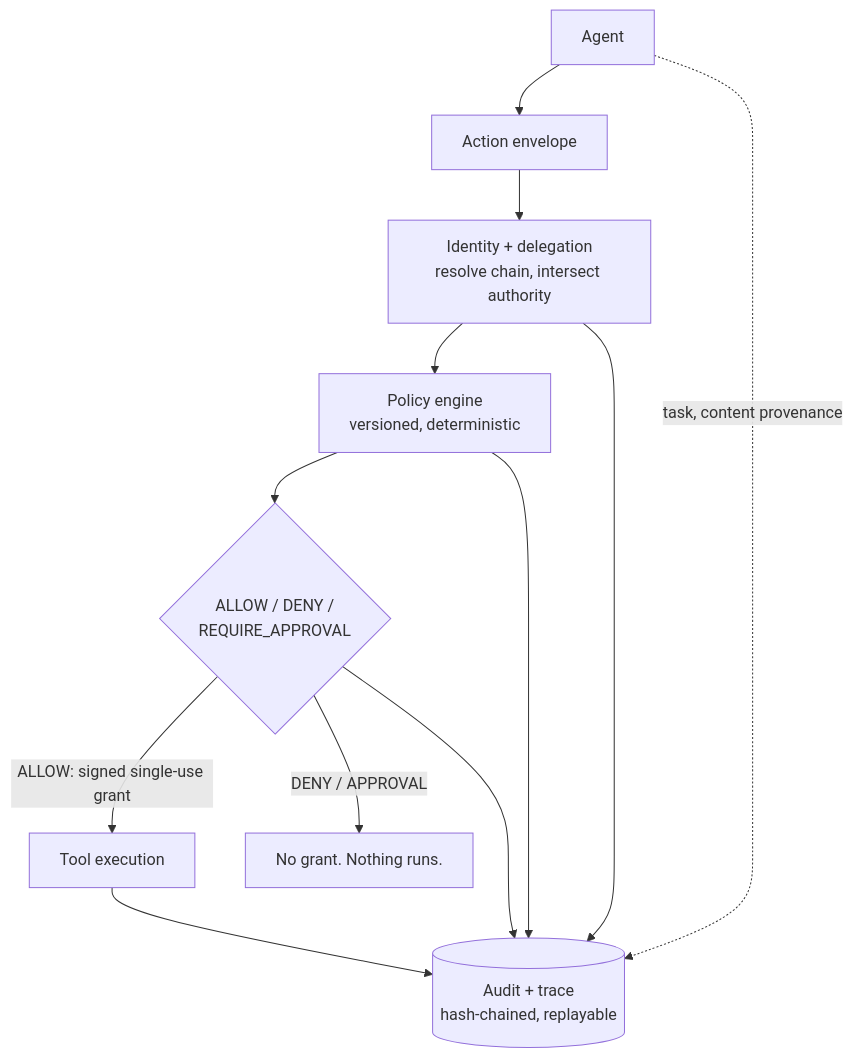
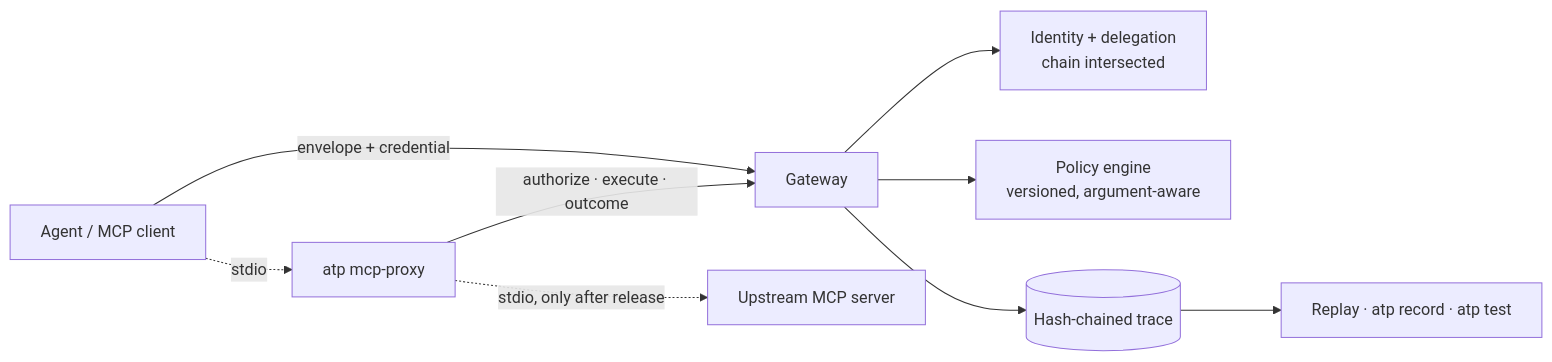
One commit to TimelessVisions/agent-trust-plane changed the diagram in README.md. Above: the diagram before and after it, drawn with Mermaid. The commit also changed other lines of this file and 24 other files, not shown here.

Commit message:
Docs: README rewrite, MCP proxy scope, regression testing guide, demos, benchmark, contributor files, release notes, launch post, regression pack offer; threat model and review updates for the proxy

````diff
--- a/README.md
+++ b/README.md
@@ -71,14 +96,11 @@
 ```mermaid
-flowchart TD
-    A[Agent] --> E[Action envelope]
-    E --> I[Identity + delegation<br/>resolve chain, intersect authority]
-    I --> P[Policy engine<br/>versioned, deterministic]
-    P --> D{ALLOW / DENY /<br/>REQUIRE_APPROVAL}
-    D -- ALLOW: signed single-use grant --> X[Tool execution]
-    D -- DENY / APPROVAL --> N[No grant. Nothing runs.]
-    A -. task, content provenance .-> T[(Audit + trace<br/>hash-chained, replayable)]
-    I --> T
-    P --> T
-    D --> T
-    X --> T
+flowchart LR
+    A[Agent / MCP client] -->|envelope + credential| G[Gateway]
+    A -.->|stdio| P[atp mcp-proxy]
+    P -->|authorize · execute · outcome| G
+    P -.->|stdio, only after release| U[Upstream MCP server]
+    G --> I[Identity + delegation<br/>chain intersected]
+    G --> E[Policy engine<br/>versioned, argument-aware]
+    G --> T[(Hash-chained trace)]
+    T --> R[Replay · atp record · atp test]
 ```
````
